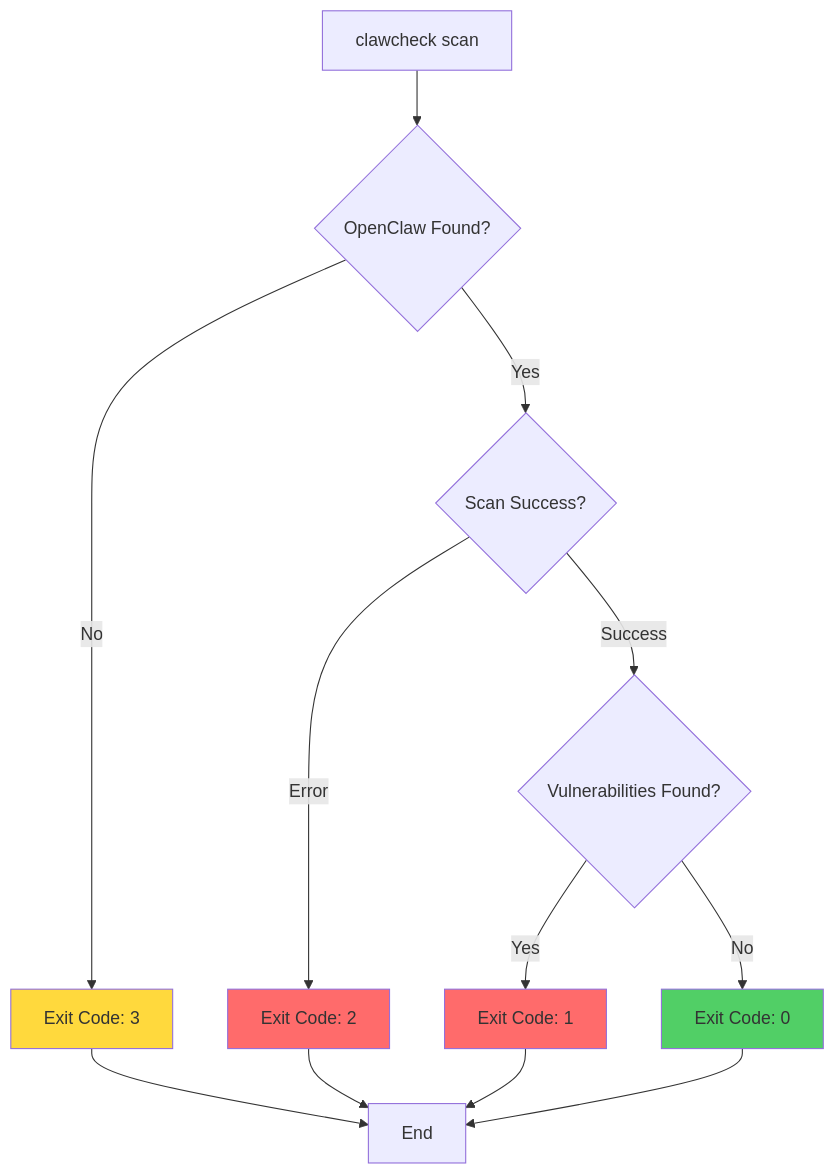
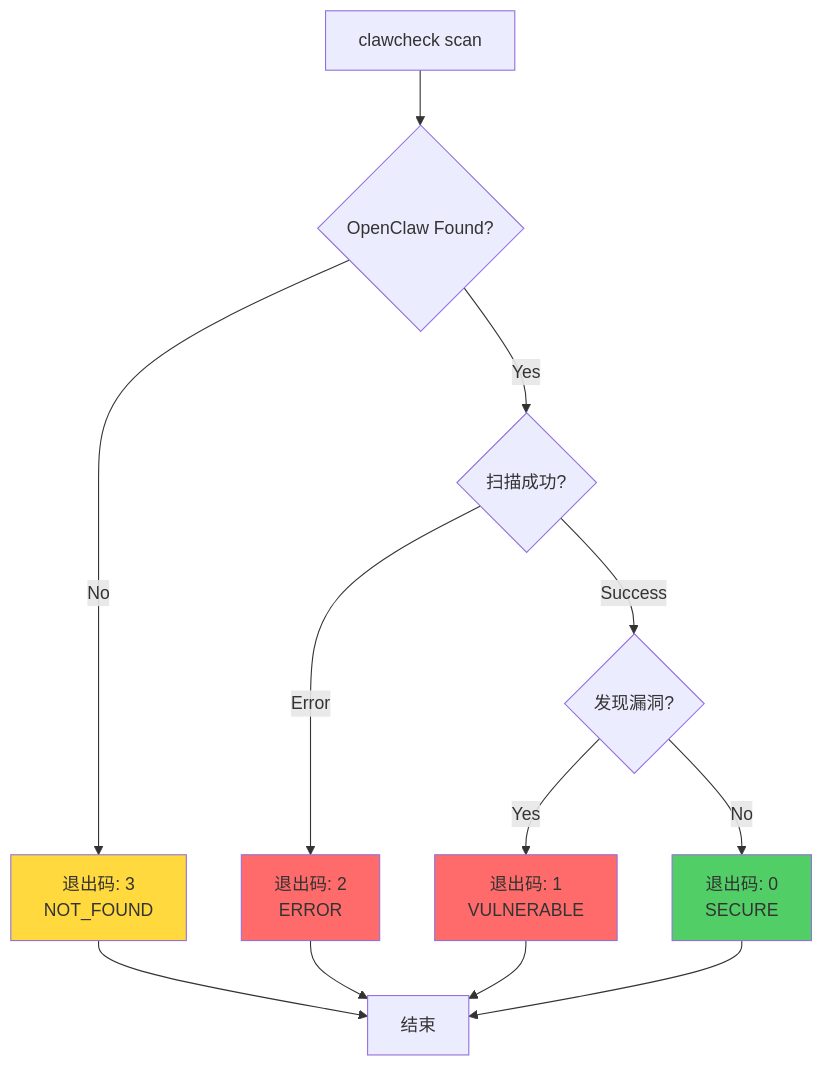
Before and after one commit to ErinYu/clawcheck: the seventh of 9 diagrams in README.md, drawn with Mermaid. The commit also changed other lines of this file, not shown here.

````diff
--- a/README.md
+++ b/README.md
@@ -183,20 +364,20 @@
 ```mermaid
 flowchart TD
     Start[clawcheck scan] --> Check{OpenClaw Found?}
-    Check -->|No| NotFound[Exit Code: 3]
-    Check -->|Yes| Scan{Scan Success?}
-    Scan -->|Error| Error[Exit Code: 2]
-    Scan -->|Success| Vulnerable{Vulnerabilities Found?}
-    Vulnerable -->|Yes| VulnExit[Exit Code: 1]
-    Vulnerable -->|No| Secure[Exit Code: 0]
+    Check -->|No| NotFound[退出码: 3<br/>NOT_FOUND]
+    Check -->|Yes| Scan{扫描成功?}
+    Scan -->|Error| Error[退出码: 2<br/>ERROR]
+    Scan -->|Success| Vulnerable{发现漏洞?}
+    Vulnerable -->|Yes| VulnExit[退出码: 1<br/>VULNERABLE]
+    Vulnerable -->|No| Secure[退出码: 0<br/>SECURE]
 
-    NotFound --> End[End]
+    NotFound --> End[结束]
     Error --> End
     VulnExit --> End
     Secure --> End
 
     style NotFound fill:#ffd93d
     style Error fill:#ff6b6b
     style VulnExit fill:#ff6b6b
     style Secure fill:#51cf66
 ```
````
